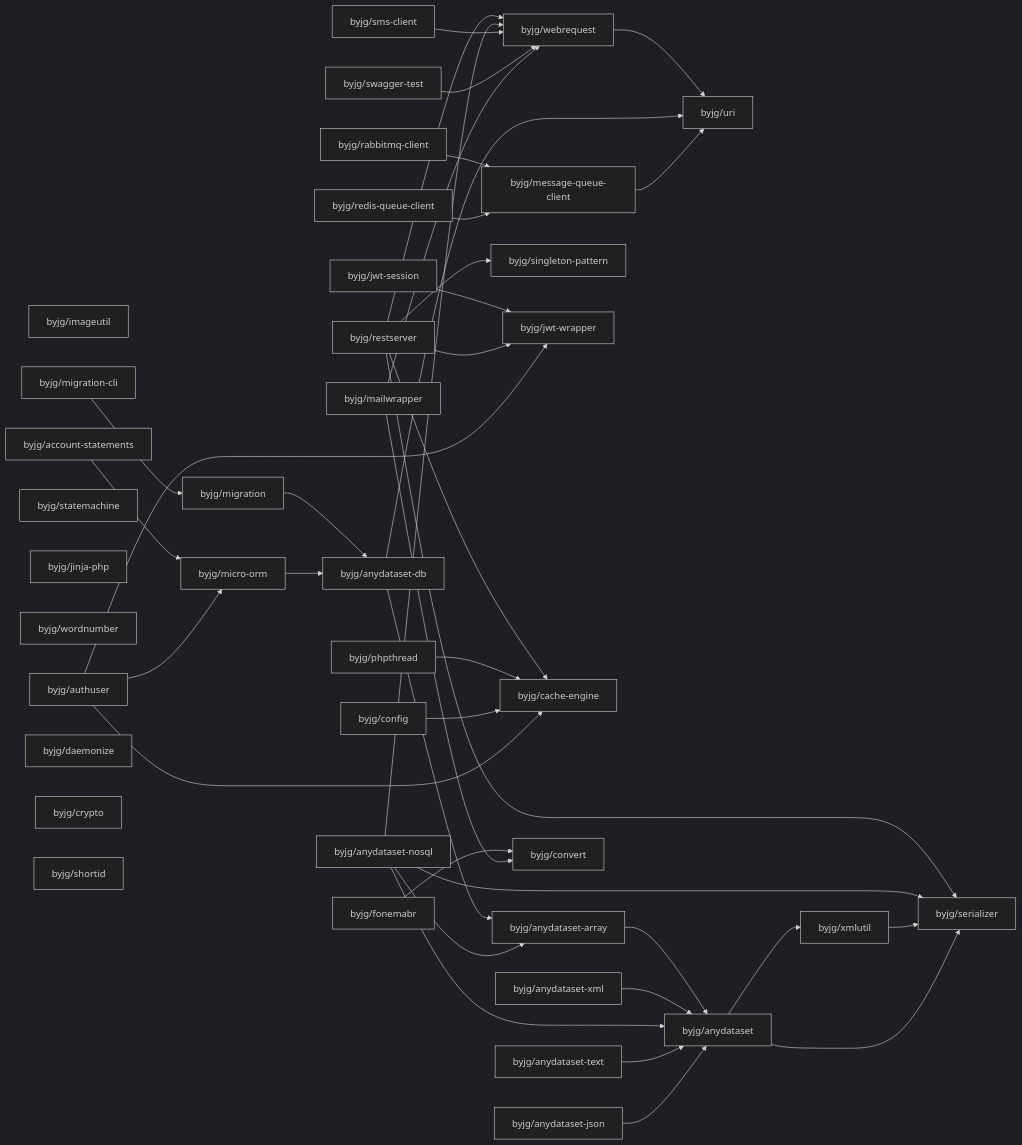
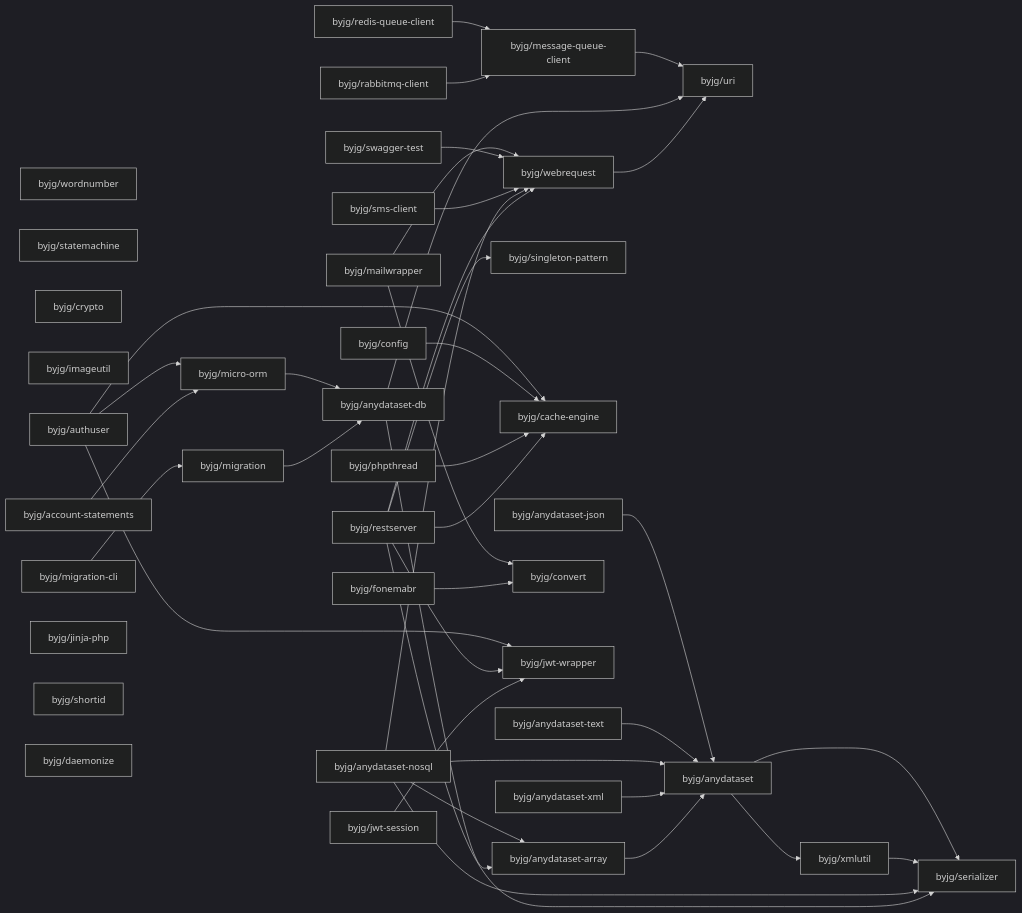
The diagram in docs/php/README.md (byjg/byjg.github.io), drawn with Mermaid (dark theme) before and after one commit. The commit also changed other lines of this file, not shown here.

Commit message:
Update documentation 'php' 'php-mailwrapper'

````diff
--- a/docs/php/README.md
+++ b/docs/php/README.md
@@ -3,78 +3,78 @@
 ```mermaid
 graph LR;
+  byjg/wordnumber;
+  byjg/statemachine;
+  byjg/redis-queue-client;
+  byjg/crypto;
+  byjg/phpthread;
   byjg/imageutil;
+  byjg/restserver;
+  byjg/anydataset-xml;
+  byjg/swagger-test;
+  byjg/authuser;
+  byjg/config;
+  byjg/mailwrapper;
+  byjg/migration-cli;
+  byjg/rabbitmq-client;
+  byjg/sms-client;
+  byjg/fonemabr;
+  byjg/anydataset-text;
+  byjg/jwt-session;
   byjg/account-statements;
-  byjg/restserver;
-  byjg/jwt-session;
-  byjg/anydataset-text;
-  byjg/sms-client;
-  byjg/redis-queue-client;
-  byjg/anydataset-xml;
-  byjg/config;
-  byjg/authuser;
-  byjg/statemachine;
-  byjg/phpthread;
   byjg/jinja-php;
-  byjg/wordnumber;
-  byjg/rabbitmq-client;
-  byjg/migration-cli;
+  byjg/anydataset-json;
+  byjg/anydataset-nosql;
+  byjg/shortid;
   byjg/daemonize;
-  byjg/crypto;
-  byjg/fonemabr;
-  byjg/swagger-test;
-  byjg/anydataset-json;
-  byjg/shortid;
-  byjg/mailwrapper;
-  byjg/anydataset-nosql;
   byjg/singleton-pattern;
+  byjg/cache-engine;
+  byjg/migration;
+  byjg/message-queue-client;
+  byjg/convert;
+  byjg/jwt-wrapper;
   byjg/micro-orm;
-  byjg/jwt-wrapper;
-  byjg/cache-engine;
-  byjg/message-queue-client;
-  byjg/migration;
-  byjg/convert;
   byjg/webrequest;
   byjg/anydataset-db;
   byjg/anydataset-array;
   byjg/uri;
   byjg/anydataset;
   byjg/xmlutil;
   byjg/serializer;
   byjg/account-statements --> byjg/micro-orm;
   byjg/fonemabr --> byjg/convert;
   byjg/webrequest --> byjg/uri;
   byjg/anydataset-array --> byjg/anydataset;
   byjg/anydataset-xml --> byjg/anydataset;
   byjg/rabbitmq-client --> byjg/message-queue-client;
   byjg/redis-queue-client --> byjg/message-queue-client;
   byjg/jwt-session --> byjg/jwt-wrapper;
   byjg/anydataset-db --> byjg/anydataset-array;
   byjg/anydataset-db --> byjg/uri;
   byjg/restserver --> byjg/serializer;
   byjg/restserver --> byjg/singleton-pattern;
   byjg/restserver --> byjg/cache-engine;
   byjg/restserver --> byjg/webrequest;
   byjg/restserver --> byjg/jwt-wrapper;
   byjg/migration --> byjg/anydataset-db;
   byjg/anydataset-nosql --> byjg/anydataset;
   byjg/anydataset-nosql --> byjg/anydataset-array;
   byjg/anydataset-nosql --> byjg/serializer;
   byjg/anydataset-nosql --> byjg/webrequest;
   byjg/phpthread --> byjg/cache-engine;
   byjg/sms-client --> byjg/webrequest;
   byjg/swagger-test --> byjg/webrequest;
   byjg/migration-cli --> byjg/migration;
   byjg/config --> byjg/cache-engine;
   byjg/anydataset-text --> byjg/anydataset;
   byjg/micro-orm --> byjg/anydataset-db;
   byjg/authuser --> byjg/micro-orm;
   byjg/authuser --> byjg/cache-engine;
   byjg/authuser --> byjg/jwt-wrapper;
   byjg/anydataset-json --> byjg/anydataset;
   byjg/mailwrapper --> byjg/convert;
   byjg/mailwrapper --> byjg/webrequest;
   byjg/xmlutil --> byjg/serializer;
   byjg/anydataset --> byjg/serializer;
   byjg/anydataset --> byjg/xmlutil;
   byjg/message-queue-client --> byjg/uri;
 ```
````
